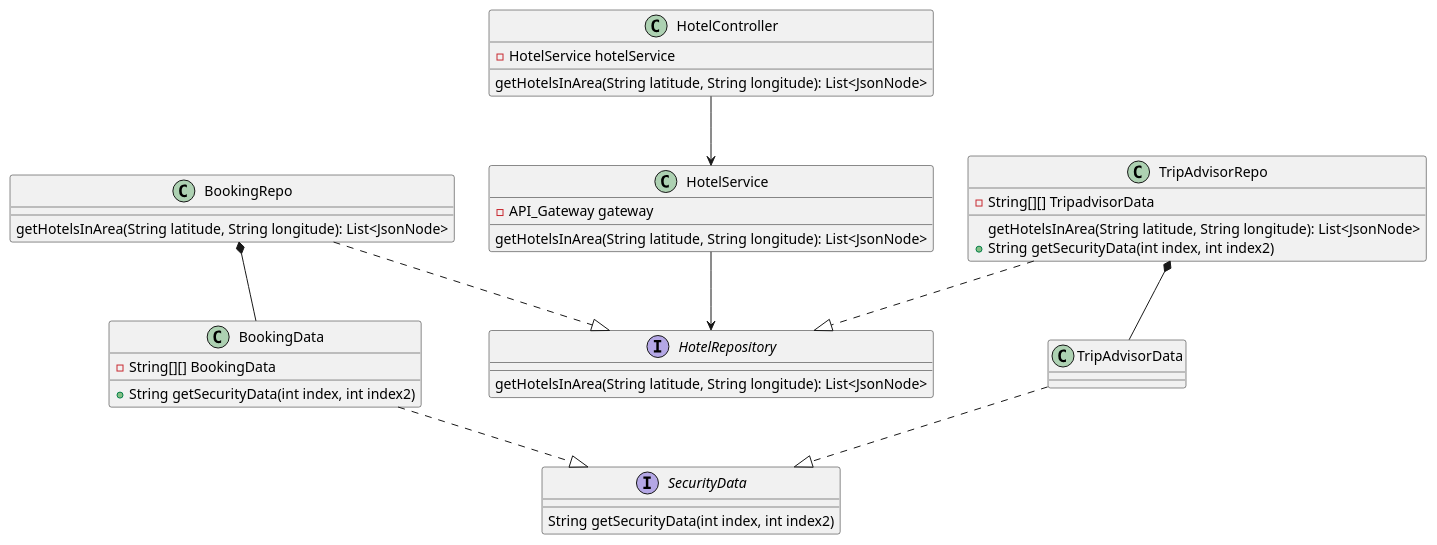
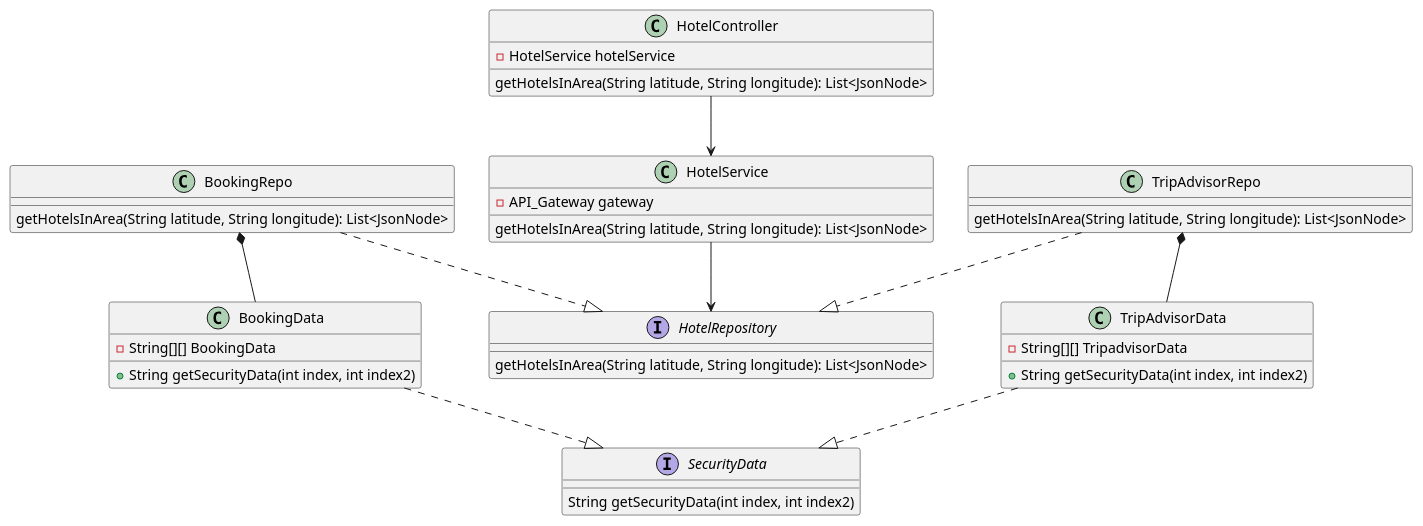
Before and after one commit to AIM-ENE-feb25/triptop-jrn: the diagram in huiswerkNiels/huiswerkAPI/src/main/java/com/example/huiswerkAPI/Class_diagram_onderzoeksvraag.puml, drawn with PlantUML. The commit also changed 2 other files, not shown here.

Commit message:
component diagram & dynamic diagram aangepast

```diff
--- a/huiswerkNiels/huiswerkAPI/src/main/java/com/example/huiswerkAPI/Class_diagram_onderzoeksvraag.puml
+++ b/huiswerkNiels/huiswerkAPI/src/main/java/com/example/huiswerkAPI/Class_diagram_onderzoeksvraag.puml
@@ -1,50 +1,50 @@
 @startuml
 'https://plantuml.com/class-diagram
 
 class HotelController {
     - HotelService hotelService
     getHotelsInArea(String latitude, String longitude): List<JsonNode>
 }
 
 class HotelService{
     - API_Gateway gateway
     getHotelsInArea(String latitude, String longitude): List<JsonNode>
 }
 
 interface HotelRepository {
     getHotelsInArea(String latitude, String longitude): List<JsonNode>
 }
 
 class BookingRepo {
     getHotelsInArea(String latitude, String longitude): List<JsonNode>
 }
 
 class TripAdvisorRepo {
     getHotelsInArea(String latitude, String longitude): List<JsonNode>
 }
 
 interface SecurityData{
 String getSecurityData(int index, int index2)
 }
 
 class BookingData{
 - String[][] BookingData
 + String getSecurityData(int index, int index2)
 }
 
-class TripAdvisorRepo{
+class TripAdvisorData{
 - String[][] TripadvisorData
 + String getSecurityData(int index, int index2)
 }
 
 HotelController --> HotelService
 HotelService --> HotelRepository
 BookingRepo ..|> HotelRepository
 TripAdvisorRepo ..|> HotelRepository
 BookingData ..|> SecurityData
 TripAdvisorData ..|> SecurityData
 BookingRepo *-- BookingData
 TripAdvisorRepo *-- TripAdvisorData
 
 
 @enduml
```
